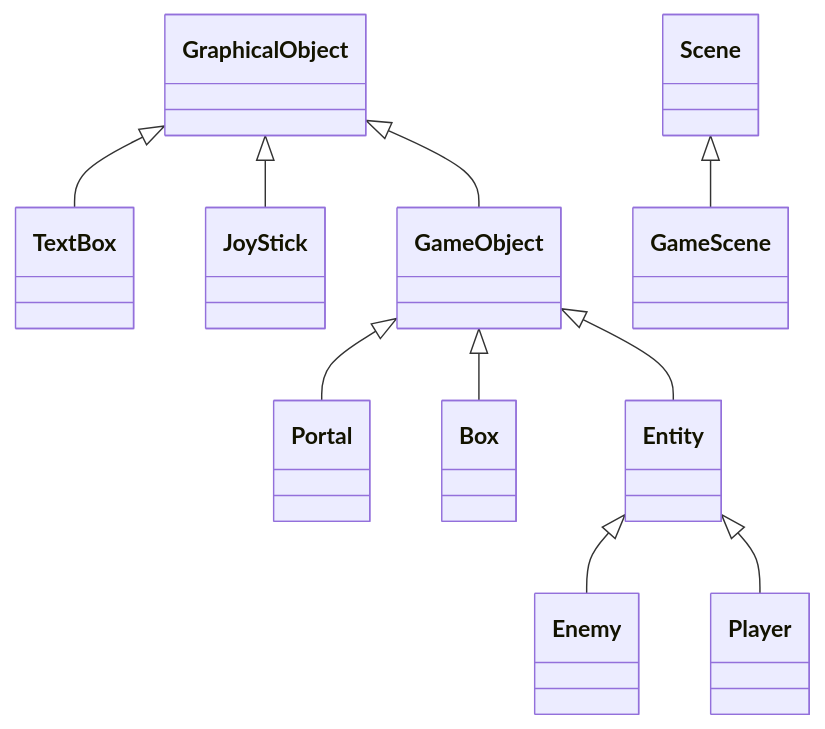
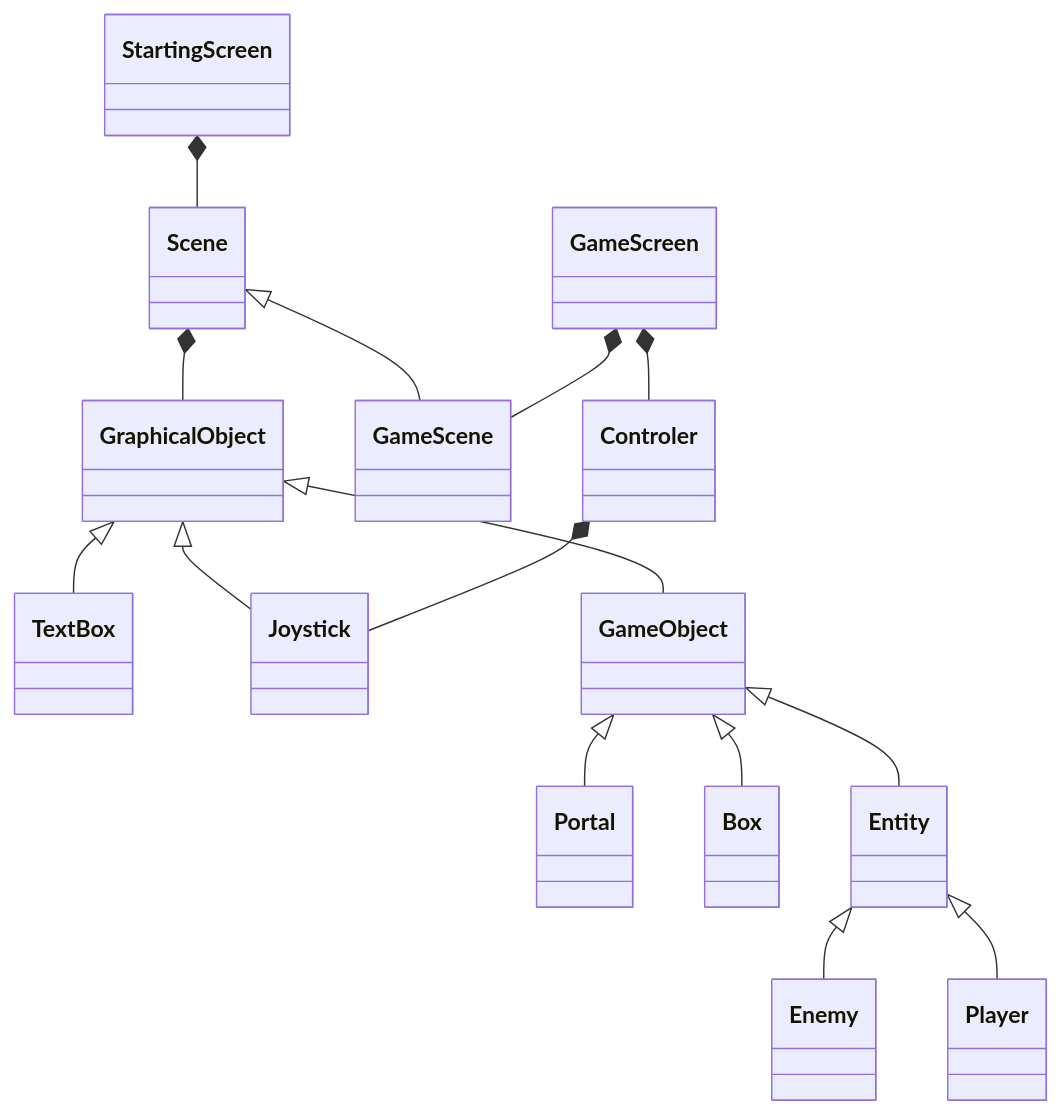
Before and after one commit to dRoycon/HS_SoftwareEngineeringProject: the diagram in planning_class_structure/README.md, drawn with Mermaid.

Commit message:
modified:   planning_class_structure/README.md

````diff
--- a/planning_class_structure/README.md
+++ b/planning_class_structure/README.md
@@ -3,17 +3,24 @@
 ``` mermaid
 classDiagram
     GraphicalObject <|-- TextBox
-    GraphicalObject <|-- JoyStick
+    GraphicalObject <|-- Joystick
     GraphicalObject <|-- GameObject
 
     GameObject <|-- Portal
     GameObject <|-- Box
     GameObject <|-- Entity
 
     Entity <|-- Enemy
     Entity <|-- Player
 
+    Scene *-- GraphicalObject
     Scene <|-- GameScene
 
-    GameScreen
+    Controler *-- Joystick
+
+    GameScreen *-- GameScene
+    GameScreen *-- Controler
+
+    StartingScreen *-- Scene
+
 ```
````
